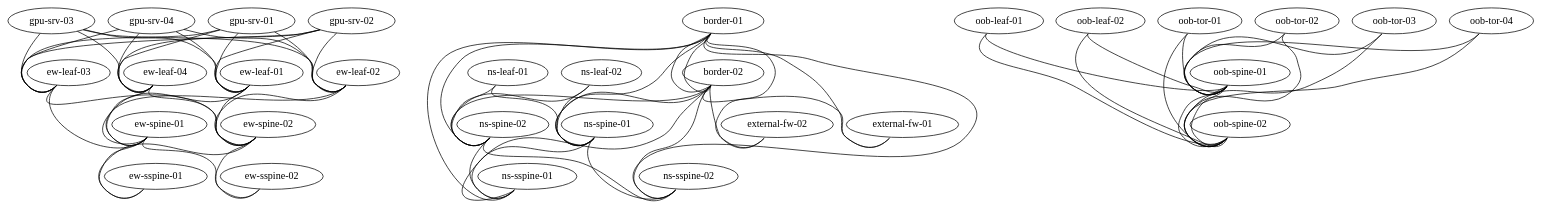
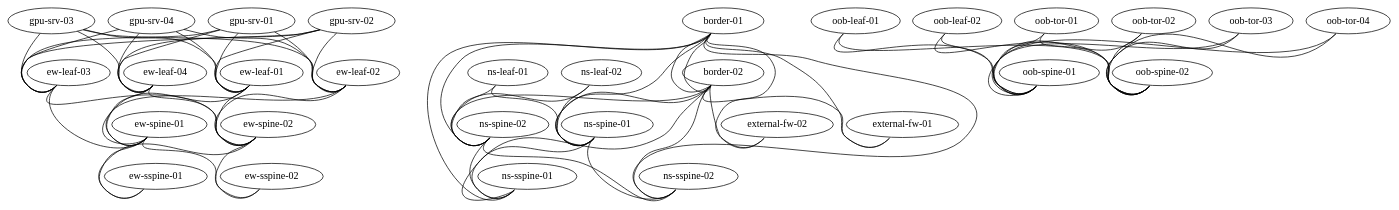
One commit to aliaydemir/lldpq-src-edt changed the diagram in lldpq/topology.dot. Above: the diagram before and after it, drawn with Graphviz. The commit also changed 1 other file, not shown here.

```diff
--- a/lldpq/topology.dot
+++ b/lldpq/topology.dot
@@ -1,178 +1,112 @@
 /*
  * Copyright (c) 2024 LLDPq Project
  * Licensed under MIT License - see LICENSE file for details
  *
  * =============================================================================
  * TOPOLOGY.DOT - LLDPq Expected Network Topology Definition
  * =============================================================================
  *
  * PURPOSE:
  *   This file defines the expected/designed network topology connections.
  *   Used by generate_topology.py and generate_topology_full.py to validate
  *   actual LLDP-discovered connections against the intended network design.
  *
  * FORMAT:
  *   GraphViz DOT format - defines network connections as graph edges
  *   "DeviceA":"InterfaceX" -- "DeviceB":"InterfaceY"
  *
- * USAGE:
- *   - Topology validation: Compare LLDP discoveries vs expected design
- *   - Missing link detection: Identify cables not connected as designed
- *   - Network documentation: Visual representation of intended topology
- *   - Change management: Track topology modifications over time
+ * SYNTAX:
+ *   graph "NETWORK_NAME" {
+ *     "Hostname1":"Interface1" -- "Hostname2":"Interface2"
+ *     "Leaf01":"swp49" -- "Spine01":"swp1"
+ *   }
  *
  * VALIDATION LOGIC:
  *   - LLDP matches DOT: connection is correct
  *   - LLDP missing from DOT: unexpected connection found
  *   - DOT missing from LLDP: expected connection not found (missing cable)
- *
- * SYNTAX:
- *   graph "NETWORK_NAME" {
- *     "Hostname1":"Interface1" -- "Hostname2":"Interface2"
- *     "Leaf01":"swp49" -- "Spine01":"swp1"
- *   }
  *
  * MAINTENANCE:
  *   - Add new connections when cables are installed
  *   - Remove connections when cables are removed
  *   - Update when devices/interfaces are renamed
  *   - Keep synchronized with physical network changes
  *
  * NOTE:
  *   Hostnames must match those in devices.yaml and assets.ini for proper
  *   correlation. Interface names must match actual device interface naming.
  *
  *   A link is only checked when both of its endpoints are known devices, so
  *   ports facing equipment outside the fabric are best left out entirely.
- *   Naming a placeholder peer would either be ignored or, once that name is
- *   listed under endpoint_hosts, produce a permanent missing-cable alarm.
+ *   Devices that are not monitored but should still be validated belong in
+ *   endpoint_hosts in devices.yaml.
  *
  * =============================================================================
  */
 
-graph "FABRIC" {
+graph "cl-auto-17" {
 
-# ============================================================
-#  SAMPLE FABRIC - replace these links with the real cabling
-#
-#  EW  (compute)    numbered /31 underlay
-#  NS  (converged)  unnumbered + EVPN, ports broken out 2x (swpNsX)
-#  OOB (management) unnumbered + EVPN
-#
-#  Ports that face equipment outside the fabric (border WAN uplinks, OOB
-#  BMC and console ports) carry a host_vars configuration but no link
-#  statement here, so they stay unvalidated instead of always failing.
-# ============================================================
-
-# ============================================================
-#  EW (Compute) fabric - numbered /31 underlay
-# ============================================================
-
-# leaf -> spine (4 rail-leaves, each dual-homed to both spines)
-"ew-leaf-01":"swp1"  -- "ew-spine-01":"swp1"     # 10.254.0.0/31
-"ew-leaf-01":"swp2"  -- "ew-spine-02":"swp1"     # 10.254.0.2/31
-"ew-leaf-02":"swp1"  -- "ew-spine-01":"swp2"     # 10.254.0.4/31
-"ew-leaf-02":"swp2"  -- "ew-spine-02":"swp2"     # 10.254.0.6/31
-"ew-leaf-03":"swp1"  -- "ew-spine-01":"swp5"     # 10.254.0.8/31
-"ew-leaf-03":"swp2"  -- "ew-spine-02":"swp5"     # 10.254.0.10/31
-"ew-leaf-04":"swp1"  -- "ew-spine-01":"swp6"     # 10.254.0.12/31
-"ew-leaf-04":"swp2"  -- "ew-spine-02":"swp6"     # 10.254.0.14/31
-
-# spine -> super-spine
-"ew-spine-01":"swp3" -- "ew-sspine-01":"swp1"    # 10.254.1.0/31
-"ew-spine-01":"swp4" -- "ew-sspine-02":"swp1"    # 10.254.1.2/31
-"ew-spine-02":"swp3" -- "ew-sspine-01":"swp2"    # 10.254.1.4/31
-"ew-spine-02":"swp4" -- "ew-sspine-02":"swp2"    # 10.254.1.6/31
-
-# GPU servers - rail-optimized (server ethN -> rail-N leaf, one NIC per rail)
+"ew-leaf-01":"swp1" -- "ew-spine-01":"swp1"
+"ew-leaf-01":"swp2" -- "ew-spine-02":"swp1"
+"ew-leaf-02":"swp1" -- "ew-spine-01":"swp2"
+"ew-leaf-02":"swp2" -- "ew-spine-02":"swp2"
+"ew-leaf-03":"swp1" -- "ew-spine-01":"swp5"
+"ew-leaf-03":"swp2" -- "ew-spine-02":"swp5"
+"ew-leaf-04":"swp1" -- "ew-spine-01":"swp6"
+"ew-leaf-04":"swp2" -- "ew-spine-02":"swp6"
+"ew-spine-01":"swp3" -- "ew-sspine-01":"swp1"
+"ew-spine-01":"swp4" -- "ew-sspine-02":"swp1"
+"ew-spine-02":"swp3" -- "ew-sspine-01":"swp2"
+"ew-spine-02":"swp4" -- "ew-sspine-02":"swp2"
 "gpu-srv-01":"eth1" -- "ew-leaf-01":"swp10"
 "gpu-srv-01":"eth2" -- "ew-leaf-02":"swp10"
 "gpu-srv-01":"eth3" -- "ew-leaf-03":"swp10"
 "gpu-srv-01":"eth4" -- "ew-leaf-04":"swp10"
 "gpu-srv-02":"eth1" -- "ew-leaf-01":"swp11"
 "gpu-srv-02":"eth2" -- "ew-leaf-02":"swp11"
 "gpu-srv-02":"eth3" -- "ew-leaf-03":"swp11"
 "gpu-srv-02":"eth4" -- "ew-leaf-04":"swp11"
 "gpu-srv-03":"eth1" -- "ew-leaf-01":"swp12"
 "gpu-srv-03":"eth2" -- "ew-leaf-02":"swp12"
 "gpu-srv-03":"eth3" -- "ew-leaf-03":"swp12"
 "gpu-srv-03":"eth4" -- "ew-leaf-04":"swp12"
 "gpu-srv-04":"eth1" -- "ew-leaf-01":"swp13"
 "gpu-srv-04":"eth2" -- "ew-leaf-02":"swp13"
 "gpu-srv-04":"eth3" -- "ew-leaf-03":"swp13"
 "gpu-srv-04":"eth4" -- "ew-leaf-04":"swp13"
-
-# ============================================================
-#  NS (Converged) fabric - unnumbered + EVPN (breakout 2x -> sN)
-# ============================================================
-
-# leaf -> spine (swp41 -> spine-01, swp42 -> spine-02)
 "ns-leaf-01":"swp41s0" -- "ns-spine-01":"swp1s0"
 "ns-leaf-01":"swp42s0" -- "ns-spine-02":"swp1s0"
 "ns-leaf-02":"swp41s0" -- "ns-spine-01":"swp1s1"
 "ns-leaf-02":"swp42s0" -- "ns-spine-02":"swp1s1"
-
-# border -> spine (swp1 -> spine-01, swp2 -> spine-02)
 "border-01":"swp1" -- "ns-spine-01":"swp2s0"
 "border-01":"swp2" -- "ns-spine-02":"swp2s0"
 "border-02":"swp1" -- "ns-spine-01":"swp2s1"
 "border-02":"swp2" -- "ns-spine-02":"swp2s1"
-
-# spine -> super-spine
 "ns-spine-01":"swp3s0" -- "ns-sspine-01":"swp1s0"
 "ns-spine-01":"swp3s1" -- "ns-sspine-02":"swp1s0"
 "ns-spine-02":"swp3s0" -- "ns-sspine-01":"swp1s1"
 "ns-spine-02":"swp3s1" -- "ns-sspine-02":"swp1s1"
-
-# border -> super-spine (swp5 -> sspine-01, swp6 -> sspine-02)
 "border-01":"swp5" -- "ns-sspine-01":"swp2s0"
 "border-01":"swp6" -- "ns-sspine-02":"swp2s0"
 "border-02":"swp5" -- "ns-sspine-01":"swp2s1"
 "border-02":"swp6" -- "ns-sspine-02":"swp2s1"
-
-# border MLAG peer-link
 "border-01":"swp31" -- "border-02":"swp31"
 "border-01":"swp32" -- "border-02":"swp32"
-
-# External firewalls dual-homed via the border MLAG bonds (VLAN 2000 -> exit VRF)
-# external-fw-01 -> bond_fw01 (border swp10), external-fw-02 -> bond_fw02 (border swp11)
 "border-01":"swp10" -- "external-fw-01":"swp1"
 "border-02":"swp10" -- "external-fw-01":"swp2"
 "border-01":"swp11" -- "external-fw-02":"swp1"
 "border-02":"swp11" -- "external-fw-02":"swp2"
-
-# border-01/02 swp25 face the WAN edge, which sits outside this fabric.
-# Deliberately left out - see the note at the top of the file.
-
-# ============================================================
-#  OOB fabric - unnumbered + EVPN (oob VRF)
-#  leaf + tor uplink swp49 -> oob-spine-01, swp51 -> oob-spine-02
-# ============================================================
-
 "oob-leaf-01":"swp49" -- "oob-spine-01":"swp1s0"
 "oob-leaf-01":"swp51" -- "oob-spine-02":"swp1s0"
 "oob-leaf-02":"swp49" -- "oob-spine-01":"swp1s1"
 "oob-leaf-02":"swp51" -- "oob-spine-02":"swp1s1"
-
 "oob-tor-01":"swp49" -- "oob-spine-01":"swp2s0"
 "oob-tor-01":"swp51" -- "oob-spine-02":"swp2s0"
 "oob-tor-02":"swp49" -- "oob-spine-01":"swp2s1"
 "oob-tor-02":"swp51" -- "oob-spine-02":"swp2s1"
 "oob-tor-03":"swp49" -- "oob-spine-01":"swp3s0"
 "oob-tor-03":"swp51" -- "oob-spine-02":"swp3s0"
 "oob-tor-04":"swp49" -- "oob-spine-01":"swp3s1"
 "oob-tor-04":"swp51" -- "oob-spine-02":"swp3s1"
 
-# OOB spine <-> spine interconnect
-"oob-spine-01":"swp4s0" -- "oob-spine-02":"swp4s0"
-"oob-spine-01":"swp4s1" -- "oob-spine-02":"swp4s1"
-
-# The OOB access edge (BMC on VLAN 601/602, console on 604) attaches to
-# equipment outside this fabric, so oob-leaf-01/02 swp1, oob-tor-01
-# swp1/swp19/swp37 and the equivalent ToR access ports carry no link here.
-#
-# To validate that access layer as well, cable the real endpoints and list
-# them under endpoint_hosts in devices.yaml so the links count, for example:
-#   "oob-tor-01":"swp1" -- "bmc-01":"eth1"
-
 }
```
